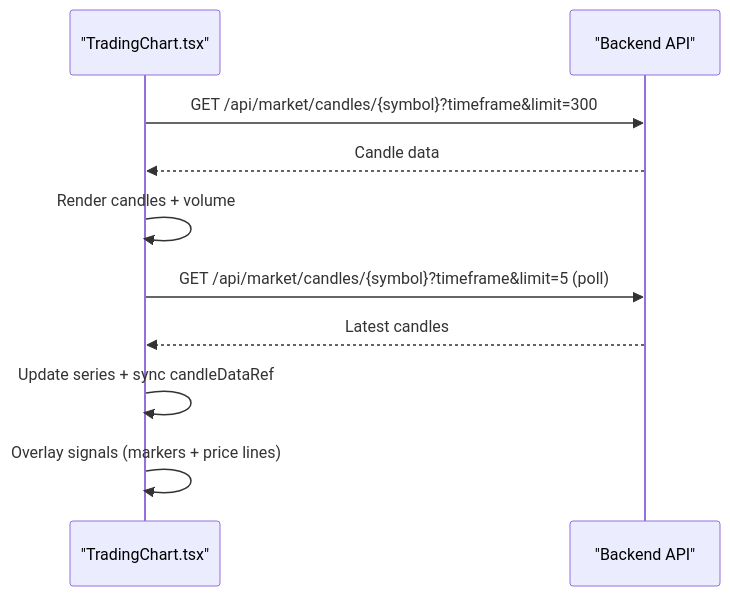
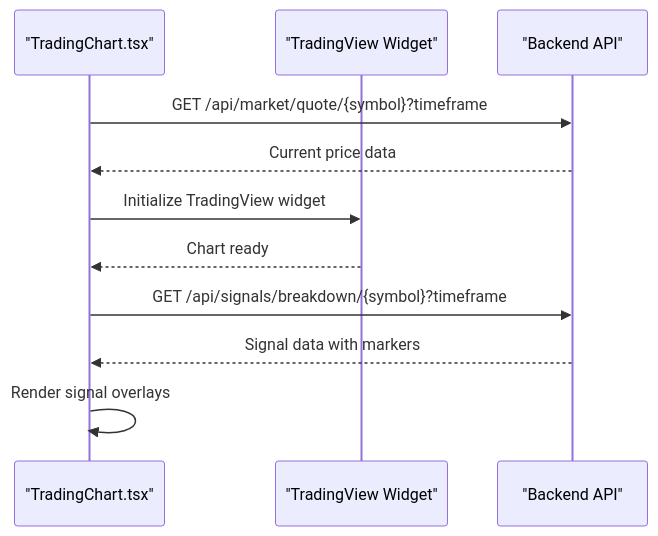
The tenth of 15 diagrams in .qoder/repowiki/en/content/Project Overview/Core Features/Frontend Components.md (cavraeg-eng/Trading-App), drawn with Mermaid before and after one commit. The commit also changed other lines of this file and 138 other files, not shown here.

First line of the commit message:
feat(LiveTrading): add MT5-style chart overlay for entry/SL/TP levels

````diff
--- a/.qoder/repowiki/en/content/Project Overview/Core Features/Frontend Components.md
+++ b/.qoder/repowiki/en/content/Project Overview/Core Features/Frontend Components.md
@@ -433,12 +487,13 @@
 ```mermaid
 sequenceDiagram
 participant TC as "TradingChart.tsx"
+participant TV as "TradingView Widget"
 participant API as "Backend API"
-TC->>API : GET /api/market/candles/{symbol}?timeframe&limit=300
-API-->>TC : Candle data
-TC->>TC : Render candles + volume
-TC->>API : GET /api/market/candles/{symbol}?timeframe&limit=5 (poll)
-API-->>TC : Latest candles
-TC->>TC : Update series + sync candleDataRef
-TC->>TC : Overlay signals (markers + price lines)
+TC->>API : GET /api/market/quote/{symbol}?timeframe
+API-->>TC : Current price data
+TC->>TV : Initialize TradingView widget
+TV-->>TC : Chart ready
+TC->>API : GET /api/signals/breakdown/{symbol}?timeframe
+API-->>TC : Signal data with markers
+TC->>TC : Render signal overlays
 ```
````
